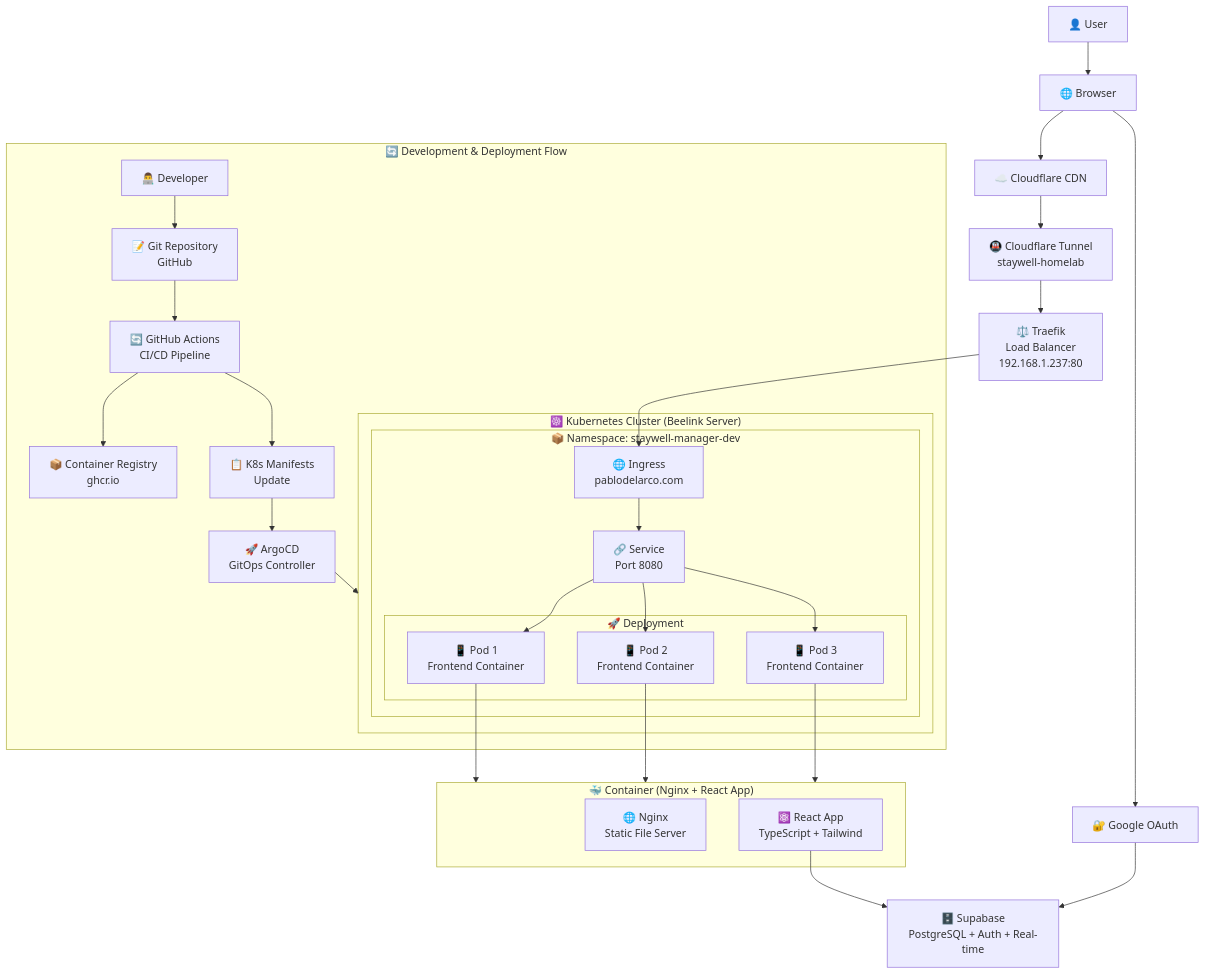
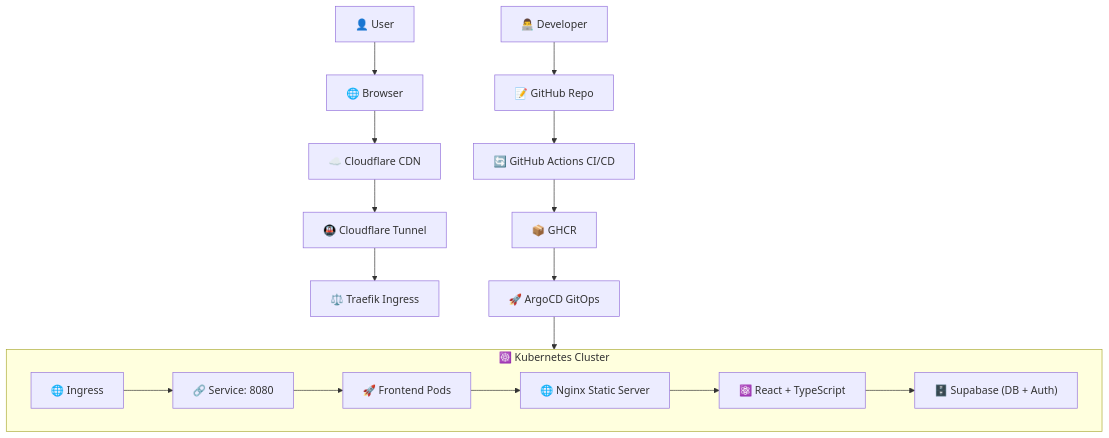
Before and after one commit to pablodelarco/Roomio: the first of 2 diagrams in README.md, drawn with Mermaid. The commit also changed other lines of this file, not shown here.

````diff
--- a/README.md
+++ b/README.md
@@ -28,57 +26,21 @@
 ```mermaid
 graph TB
-    %% User Layer
-    User[👤 User] --> Browser[🌐 Browser]
+    User["👤 User"] --> Browser["🌐 Browser"]
+    Browser --> CF["☁️ Cloudflare CDN"]
+    CF --> Tunnel["🚇 Cloudflare Tunnel"]
+    Tunnel --> Traefik["⚖️ Traefik Ingress"]
 
-    %% External Services
-    Browser --> CF[☁️ Cloudflare CDN]
-    Browser --> Google[🔐 Google OAuth]
-
-    %% Network Layer
-    CF --> Tunnel[🚇 Cloudflare Tunnel<br/>staywell-homelab]
-    Tunnel --> Traefik[⚖️ Traefik<br/>Load Balancer<br/>192.168.1.237:80]
-
-    %% Kubernetes Cluster
-    subgraph K8S["☸️ Kubernetes Cluster (Beelink Server)"]
-        subgraph NS["📦 Namespace: staywell-manager-dev"]
-            Ingress[🌐 Ingress<br/>pablodelarco.com]
-            Service[🔗 Service<br/>Port 8080]
-
-            subgraph Deployment["🚀 Deployment"]
-                Pod1[📱 Pod 1<br/>Frontend Container]
-                Pod2[📱 Pod 2<br/>Frontend Container]
-                Pod3[📱 Pod 3<br/>Frontend Container]
-            end
-        end
+    subgraph K8S["☸️ Kubernetes Cluster"]
+        Ingress["🌐 Ingress"] --> Service["🔗 Service: 8080"]
+        Service --> Pods["🚀 Frontend Pods"]
+        Pods --> Nginx["🌐 Nginx Static Server"]
+        Nginx --> ReactApp["⚛️ React + TypeScript"]
+        ReactApp --> Supabase["🗄️ Supabase (DB + Auth)"]
     end
 
-    %% Container Details
-    subgraph Container["🐳 Container (Nginx + React App)"]
-        Nginx[🌐 Nginx<br/>Static File Server]
-        ReactApp[⚛️ React App<br/>TypeScript + Tailwind]
-    end
-
-    %% Backend Services
-    ReactApp --> Supabase[🗄️ Supabase<br/>PostgreSQL + Auth + Real-time]
-    Google --> Supabase
-
-    %% Development & Deployment Flow
-    subgraph DevFlow["🔄 Development & Deployment Flow"]
-        Dev[👨‍💻 Developer] --> Git[📝 Git Repository<br/>GitHub]
-        Git --> GHA[🔄 GitHub Actions<br/>CI/CD Pipeline]
-        GHA --> Registry[📦 Container Registry<br/>ghcr.io]
-        GHA --> K8SManifests[📋 K8s Manifests<br/>Update]
-        K8SManifests --> ArgoCD[🚀 ArgoCD<br/>GitOps Controller]
-        ArgoCD --> K8S
-    end
-
-    %% Connections
-    Traefik --> Ingress
-    Ingress --> Service
-    Service --> Pod1
-    Service --> Pod2
-    Service --> Pod3
-    Pod1 --> Container
-    Pod2 --> Container
-    Pod3 --> Container
+    Dev["👨‍💻 Developer"] --> GitHub["📝 GitHub Repo"]
+    GitHub --> Actions["🔄 GitHub Actions CI/CD"]
+    Actions --> Registry["📦 GHCR"]
+    Registry --> ArgoCD["🚀 ArgoCD GitOps"]
+    ArgoCD --> K8S
 ```
````
